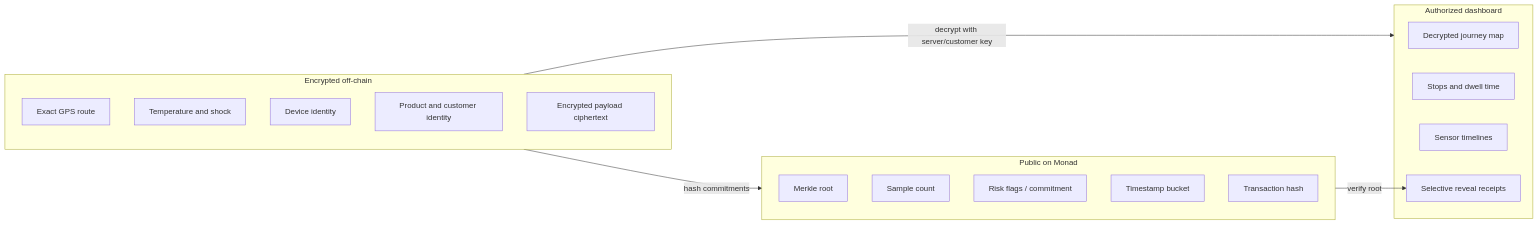
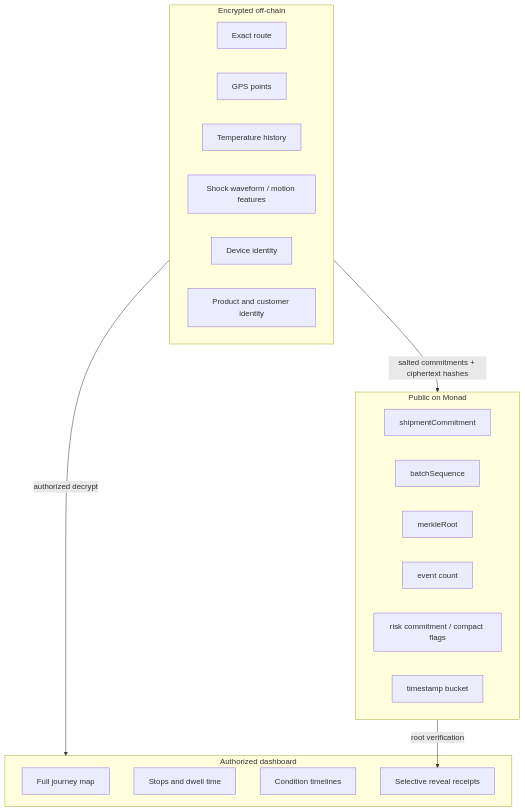
The first of 6 diagrams in docs/protocol.md (roshaninfordham/monad-sentinel), drawn with Mermaid before and after one commit. The commit also changed other lines of this file and 22 other files, not shown here.

Commit message:
docs: refresh architecture docs and screenshots

````diff
--- a/docs/protocol.md
+++ b/docs/protocol.md
@@ -15,29 +26,31 @@
 ```mermaid
-flowchart LR
+flowchart TB
   subgraph Private["Encrypted off-chain"]
-    GPS[Exact GPS route]
-    Temp[Temperature and shock]
+    Route[Exact route]
+    GPS[GPS points]
+    Temp[Temperature history]
+    Shock[Shock waveform / motion features]
     Device[Device identity]
     Product[Product and customer identity]
-    Payload[Encrypted payload ciphertext]
   end
 
   subgraph Public["Public on Monad"]
-    Root[Merkle root]
-    Count[Sample count]
-    Risk[Risk flags / commitment]
-    Bucket[Timestamp bucket]
-    Tx[Transaction hash]
+    Shipment[shipmentCommitment]
+    Seq[batchSequence]
+    Root[merkleRoot]
+    Count[event count]
+    Risk[risk commitment / compact flags]
+    Bucket[timestamp bucket]
   end
 
   subgraph Authorized["Authorized dashboard"]
-    Journey[Decrypted journey map]
+    Journey[Full journey map]
     Stops[Stops and dwell time]
-    Timelines[Sensor timelines]
-    Receipt[Selective reveal receipts]
+    Timelines[Condition timelines]
+    Receipts[Selective reveal receipts]
   end
 
-  Private -->|hash commitments| Public
-  Private -->|decrypt with server/customer key| Authorized
-  Public -->|verify root| Receipt
+  Private -->|salted commitments + ciphertext hashes| Public
+  Private -->|authorized decrypt| Authorized
+  Public -->|root verification| Receipts
 ```
````
